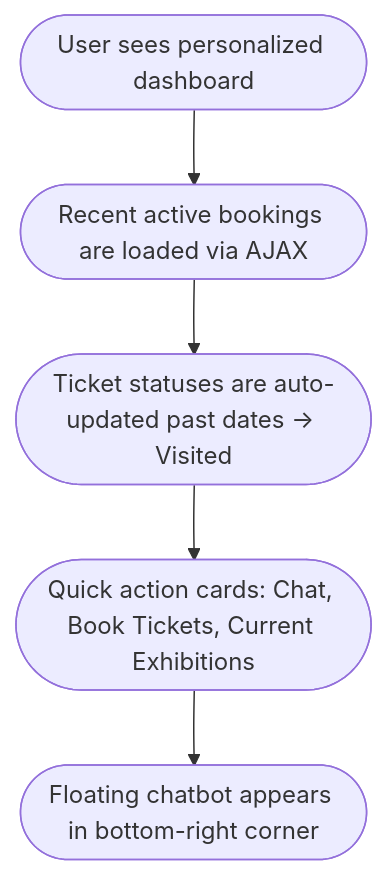
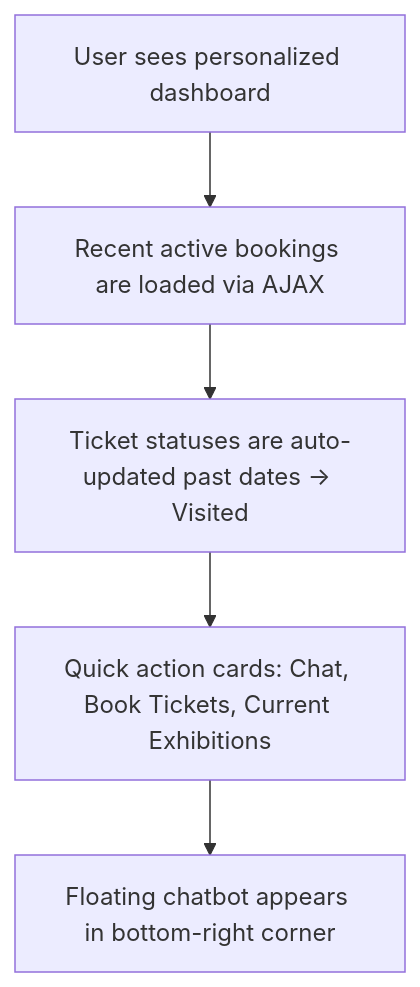
Before and after one commit to chaitanyasaiyerra/Musuem-chatbot: the fourth of 15 diagrams in STEP_BY_STEP_GUIDE.md, drawn with Mermaid. The commit also changed other lines of this file and 1 other file, not shown here.

Commit message:
docs: wrap mermaid nodes in standard boxes with quotes to prevent text wrapping

````diff
--- a/STEP_BY_STEP_GUIDE.md
+++ b/STEP_BY_STEP_GUIDE.md
@@ -64,7 +64,7 @@
 ```mermaid
 graph TD
-    A([User sees personalized dashboard]) --> B([Recent active bookings are loaded via AJAX])
-    B --> C([Ticket statuses are auto-updated past dates → Visited])
-    C --> D([Quick action cards: Chat, Book Tickets, Current Exhibitions])
-    D --> E([Floating chatbot appears in bottom-right corner])
+    A["User sees personalized dashboard"] --> B["Recent active bookings are loaded via AJAX"]
+    B --> C["Ticket statuses are auto-updated past dates → Visited"]
+    C --> D["Quick action cards: Chat, Book Tickets, Current Exhibitions"]
+    D --> E["Floating chatbot appears in bottom-right corner"]
 ```
````
